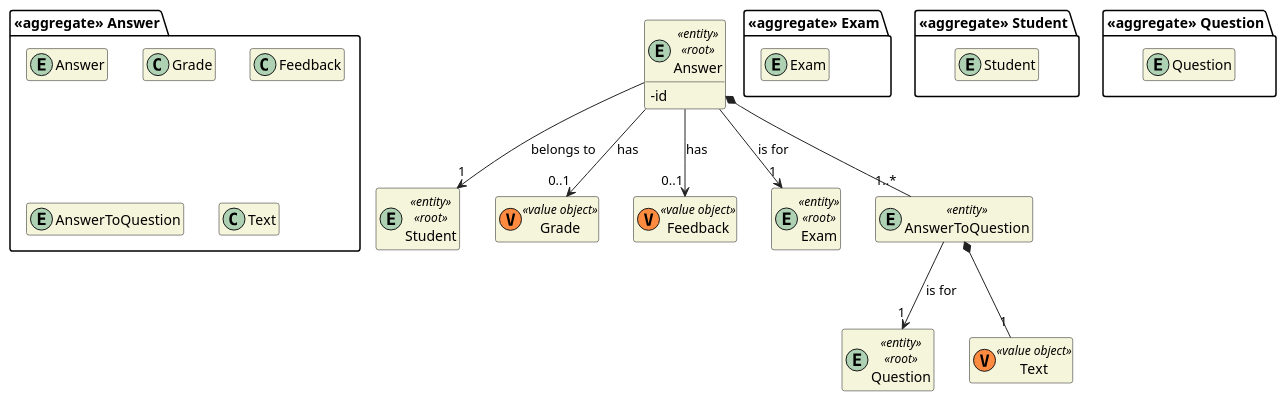
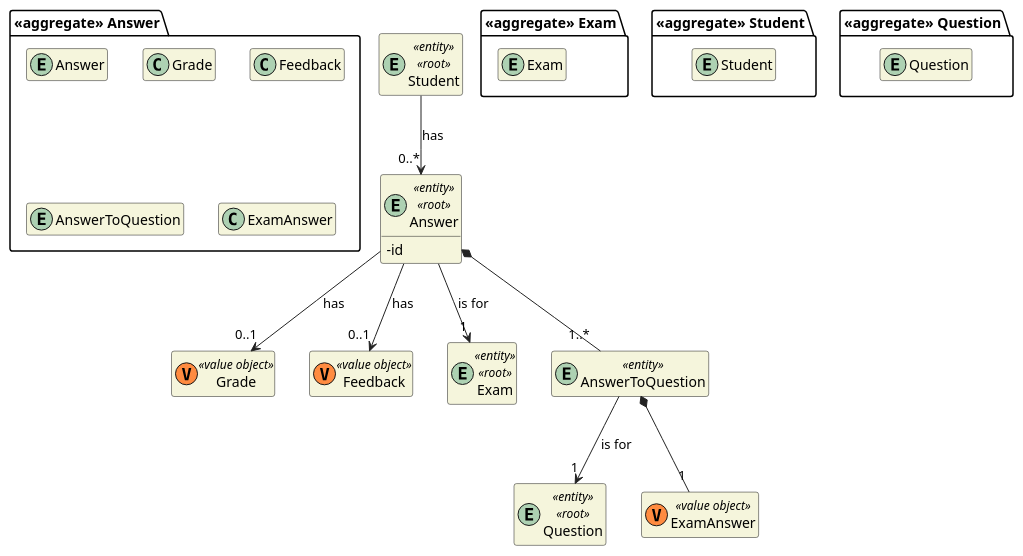
Before and after one commit to miseEnPlace-dev/lapr4: the diagram in docs/dm/DM_Answer.puml, drawn with PlantUML. The commit also changed 5 other files, not shown here.

```diff
--- a/docs/dm/DM_Answer.puml
+++ b/docs/dm/DM_Answer.puml
@@ -1,59 +1,59 @@
 @startuml DM-EXAM
 'https://plantuml.com/class-diagram
 
 skinparam classAttributeIconSize 0
 hide empty attributes
 hide empty methods
 skinparam classBackgroundColor beige
 skinparam ArrowColor #222222
 
 package "<<aggregate>> Exam" {
   entity Exam
 }
 
 package "<<aggregate>> Student" {
   entity Student
 }
 
 entity Student <<entity>> <<root>> {
 }
 
 package "<<aggregate>> Question" {
   entity Question
 }
 
 entity Question <<entity>> <<root>> {
 }
 
 package "<<aggregate>> Answer" {
   entity Answer
 
   class Grade
   class Feedback
 
   entity AnswerToQuestion
-  class Text
+  class ExamAnswer
 }
 
 entity Answer <<entity>> <<root>> {
   - id
 }
 
 class Grade <<(V,#FF8B40) value object>> {}
 class Feedback <<(V,#FF8B40) value object>> {}
-class Text <<(V,#FF8B40) value object>> {}
+class ExamAnswer <<(V,#FF8B40) value object>> {}
 
 entity Exam <<entity>> <<root>> {}
 entity AnswerToQuestion <<entity>> {}
 
-Answer --> "1" Student : belongs to
+Student --> "0..*" Answer : has
 Answer --> "1" Exam : is for
 Answer --> "0..1" Grade : has
 Answer --> "0..1" Feedback : has
 
 AnswerToQuestion --> "1" Question : is for
-AnswerToQuestion *-- "1" Text
+AnswerToQuestion *-- "1" ExamAnswer
 
 Answer *-- "1..*" AnswerToQuestion
 
 @enduml
```
